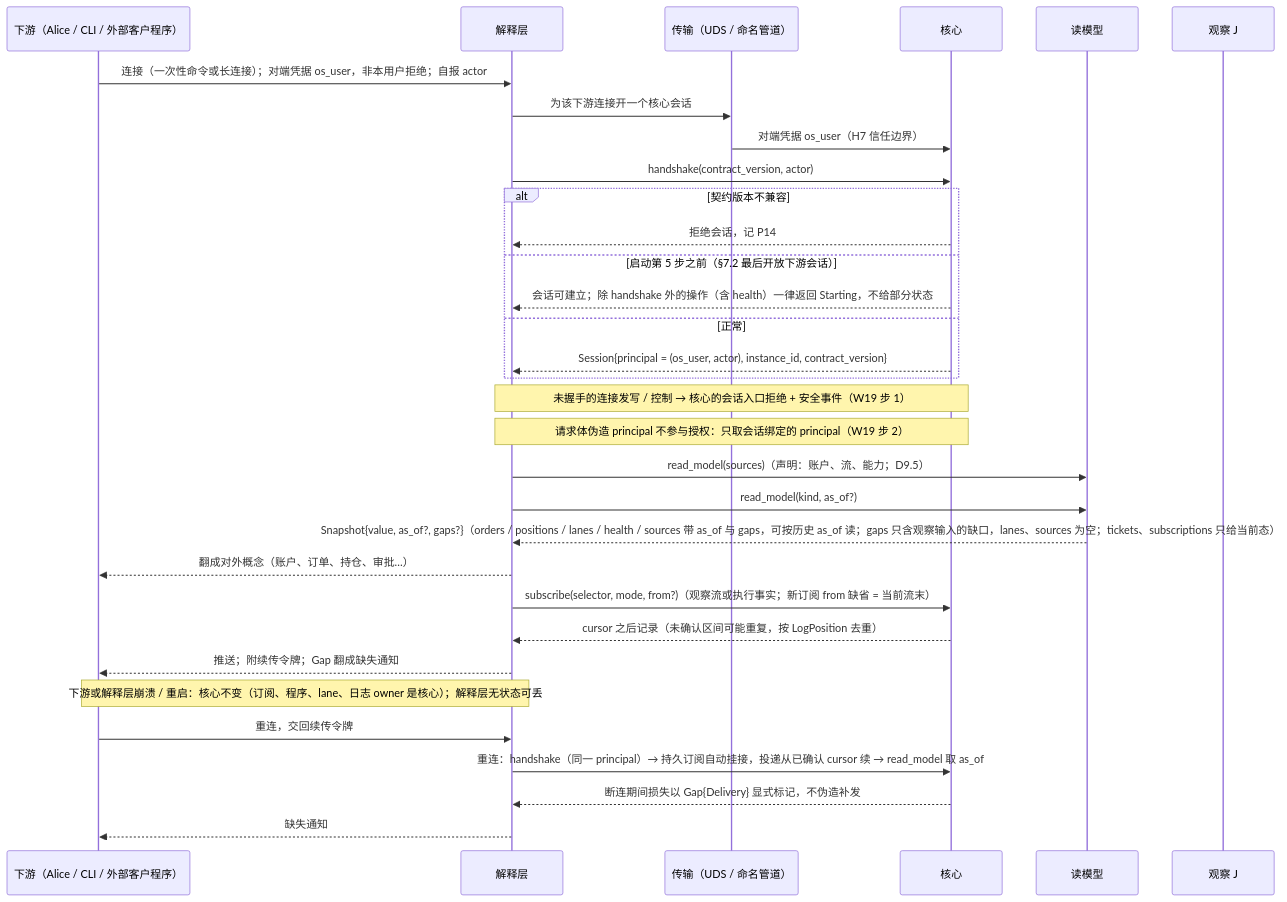
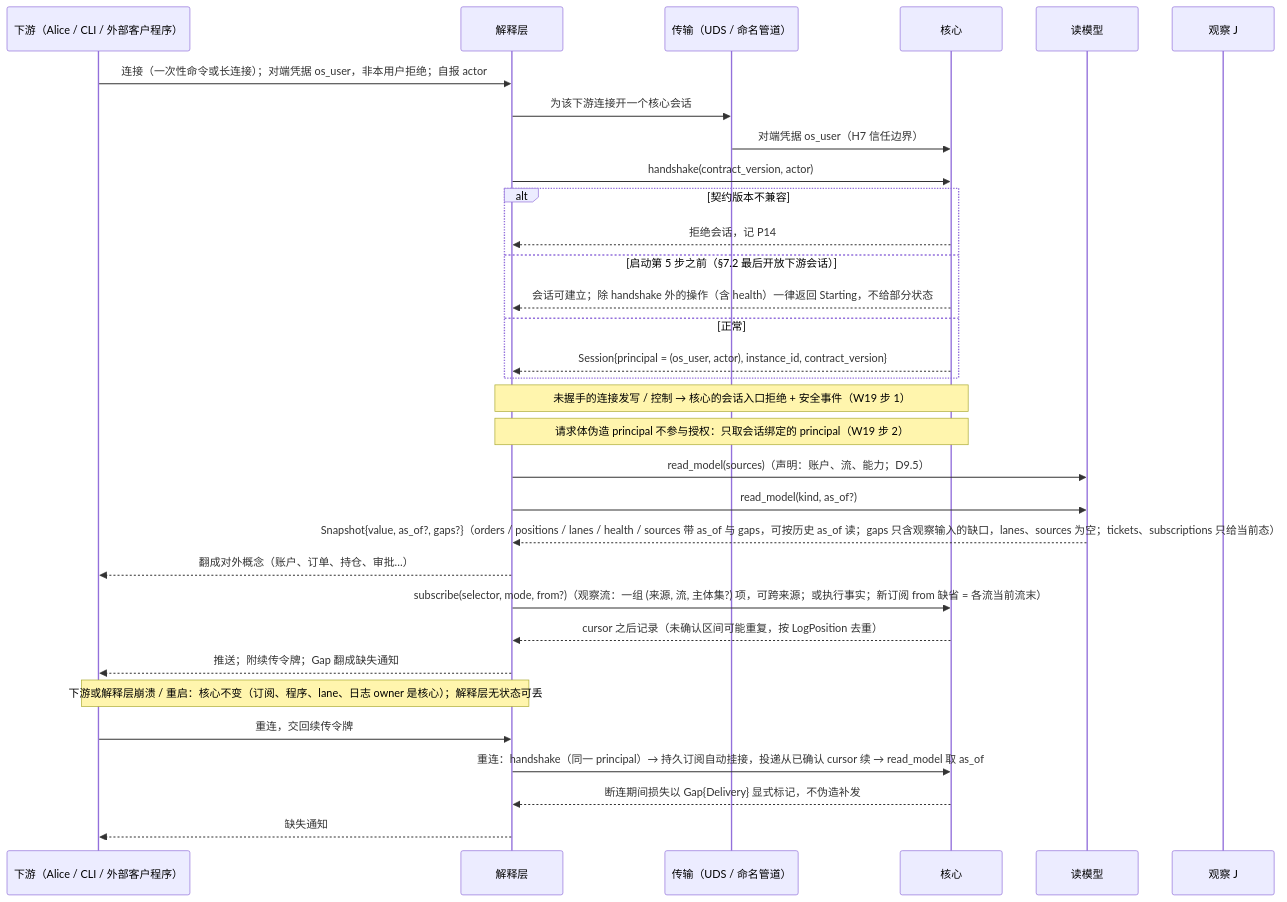
One commit to mouriya-s-lab/uta changed the first of 5 diagrams in design/diagrams/09-alice-session.md. Above: the diagram before and after it, drawn with Mermaid. The commit also changed other lines of this file and 11 other files, not shown here.

````diff
--- a/design/diagrams/09-alice-session.md
+++ b/design/diagrams/09-alice-session.md
@@ -9,34 +9,34 @@
 ```mermaid
 sequenceDiagram
   participant D as 下游（Alice / CLI / 外部客户程序）
   participant L as 解释层
   participant TR as 传输（UDS / 命名管道）
   participant C as 核心
   participant RM as 读模型
   participant J as 观察 J
   D->>L: 连接（一次性命令或长连接）；对端凭据 os_user，非本用户拒绝；自报 actor
   L->>TR: 为该下游连接开一个核心会话
   TR->>C: 对端凭据 os_user（H7 信任边界）
   L->>C: handshake(contract_version, actor)
   alt 契约版本不兼容
     C-->>L: 拒绝会话，记 P14
   else 启动第 5 步之前（§7.2 最后开放下游会话）
     C-->>L: 会话可建立；除 handshake 外的操作（含 health）一律返回 Starting，不给部分状态
   else 正常
     C-->>L: Session{principal = (os_user, actor), instance_id, contract_version}
   end
   Note over L,C: 未握手的连接发写 / 控制 → 核心的会话入口拒绝 + 安全事件（W19 步 1）
   Note over L,C: 请求体伪造 principal 不参与授权：只取会话绑定的 principal（W19 步 2）
   L->>RM: read_model(sources)（声明：账户、流、能力；D9.5）
   L->>RM: read_model(kind, as_of?)
   RM-->>L: Snapshot{value, as_of?, gaps?}（orders / positions / lanes / health / sources 带 as_of 与 gaps，可按历史 as_of 读；gaps 只含观察输入的缺口，lanes、sources 为空；tickets、subscriptions 只给当前态）
   L-->>D: 翻成对外概念（账户、订单、持仓、审批…）
-  L->>C: subscribe(selector, mode, from?)（观察流或执行事实；新订阅 from 缺省 = 当前流末）
+  L->>C: subscribe(selector, mode, from?)（观察流：一组 (来源, 流, 主体集?) 项，可跨来源；或执行事实；新订阅 from 缺省 = 各流当前流末）
   C-->>L: cursor 之后记录（未确认区间可能重复，按 LogPosition 去重）
   L-->>D: 推送；附续传令牌；Gap 翻成缺失通知
   Note over D,L: 下游或解释层崩溃 / 重启：核心不变（订阅、程序、lane、日志 owner 是核心）；解释层无状态可丢
   D->>L: 重连，交回续传令牌
   L->>C: 重连：handshake（同一 principal）→ 持久订阅自动挂接，投递从已确认 cursor 续 → read_model 取 as_of
   C-->>L: 断连期间损失以 Gap{Delivery} 显式标记，不伪造补发
   L-->>D: 缺失通知
 ```
````
